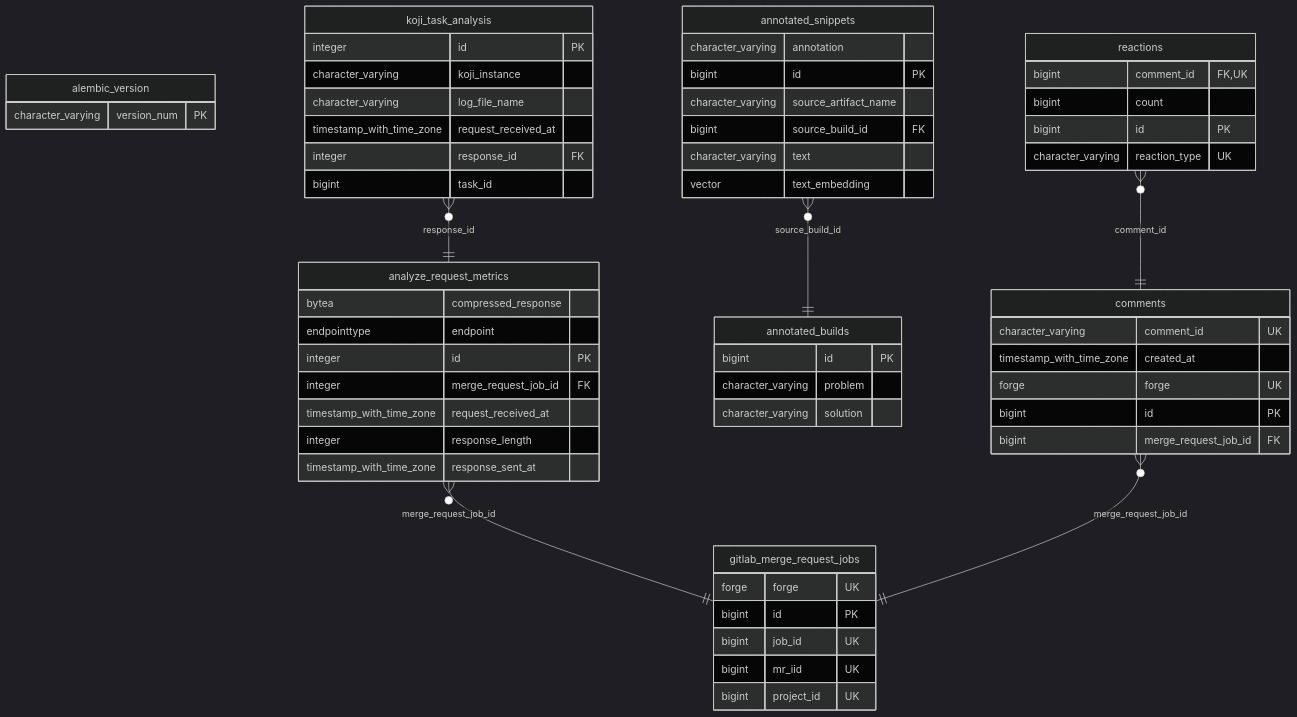
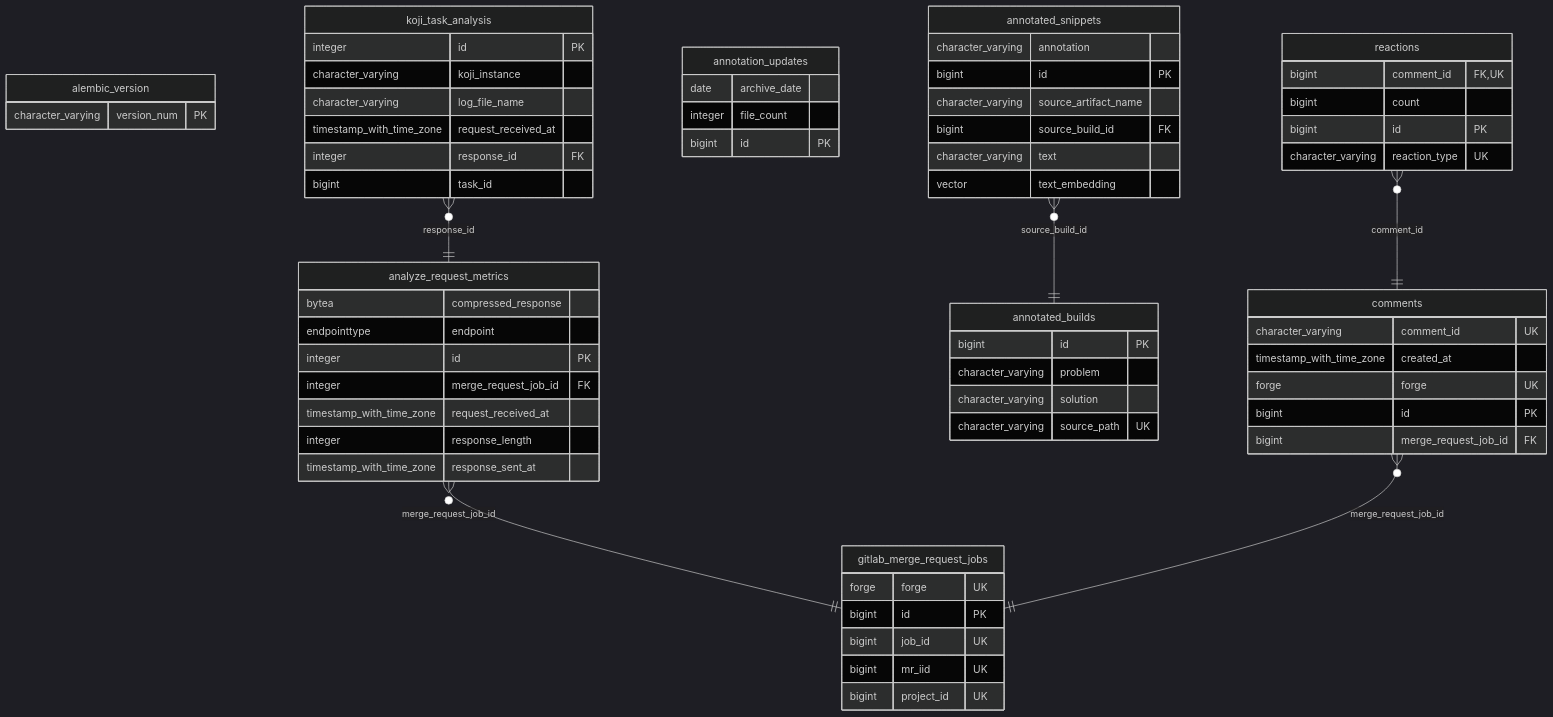
The diagram in alembic/er_diagram.md (fedora-copr/logdetective), drawn with Mermaid (dark theme) before and after one commit. The commit also changed 4 other files, not shown here.

First line of the commit message:
Add AnnotationUpdates and path to AnnotatedBuilds

````diff
--- a/alembic/er_diagram.md
+++ b/alembic/er_diagram.md
@@ -2,69 +2,76 @@
 ```mermaid
 erDiagram
     alembic_version {
         character_varying version_num PK
     }
 
     analyze_request_metrics {
         bytea compressed_response
         endpointtype endpoint
         integer id PK
         integer merge_request_job_id FK
         timestamp_with_time_zone request_received_at
         integer response_length
         timestamp_with_time_zone response_sent_at
     }
 
     annotated_builds {
         bigint id PK
         character_varying problem
         character_varying solution
+        character_varying source_path UK
     }
 
     annotated_snippets {
         character_varying annotation
         bigint id PK
         character_varying source_artifact_name
         bigint source_build_id FK
         character_varying text
         vector text_embedding
+    }
+
+    annotation_updates {
+        date archive_date
+        integer file_count
+        bigint id PK
     }
 
     comments {
         character_varying comment_id UK
         timestamp_with_time_zone created_at
         forge forge UK
         bigint id PK
         bigint merge_request_job_id FK
     }
 
     gitlab_merge_request_jobs {
         forge forge UK
         bigint id PK
         bigint job_id UK
         bigint mr_iid UK
         bigint project_id UK
     }
 
     koji_task_analysis {
         integer id PK
         character_varying koji_instance
         character_varying log_file_name
         timestamp_with_time_zone request_received_at
         integer response_id FK
         bigint task_id
     }
 
     reactions {
         bigint comment_id FK,UK
         bigint count
         bigint id PK
         character_varying reaction_type UK
     }
 
     analyze_request_metrics }o--|| gitlab_merge_request_jobs : "merge_request_job_id"
     koji_task_analysis }o--|| analyze_request_metrics : "response_id"
     annotated_snippets }o--|| annotated_builds : "source_build_id"
     comments }o--|| gitlab_merge_request_jobs : "merge_request_job_id"
     reactions }o--|| comments : "comment_id"
 ```
````
